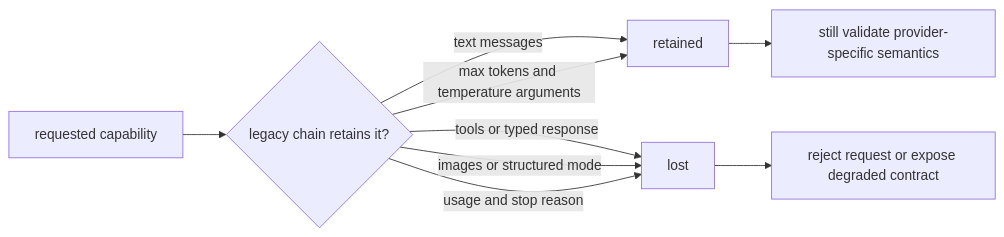
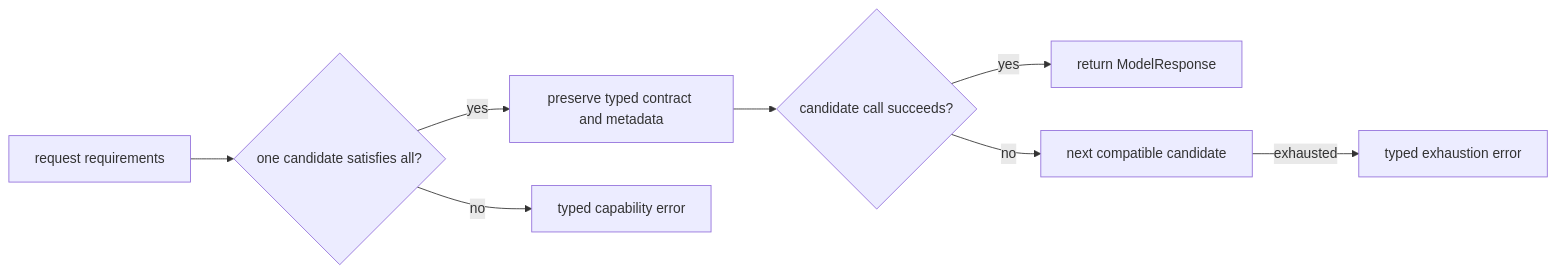
The second of 2 diagrams in docs/course/concepts/fallback.md (levalencia/archon), drawn with Mermaid before and after one commit. The commit also changed other lines of this file and 2 other files, not shown here.

Commit message:
fix: preserve fallback sampling semantics

````diff
--- a/docs/course/concepts/fallback.md
+++ b/docs/course/concepts/fallback.md
@@ -72,11 +67,10 @@
 ```mermaid
 flowchart LR
-  C[requested capability] --> T{legacy chain retains it?}
-  T -->|text messages| Y[retained]
-  T -->|max tokens and temperature arguments| Y
-  T -->|tools or typed response| N[lost]
-  T -->|images or structured mode| N
-  T -->|usage and stop reason| N
-  N --> V[reject request or expose degraded contract]
-  Y --> Q[still validate provider-specific semantics]
+  C[request requirements] --> T{one candidate satisfies all?}
+  T -->|yes| Y[preserve typed contract and metadata]
+  T -->|no| N[typed capability error]
+  Y --> P{candidate call succeeds?}
+  P -->|yes| R[return ModelResponse]
+  P -->|no| F[next compatible candidate]
+  F -->|exhausted| E[typed exhaustion error]
 ```
````
